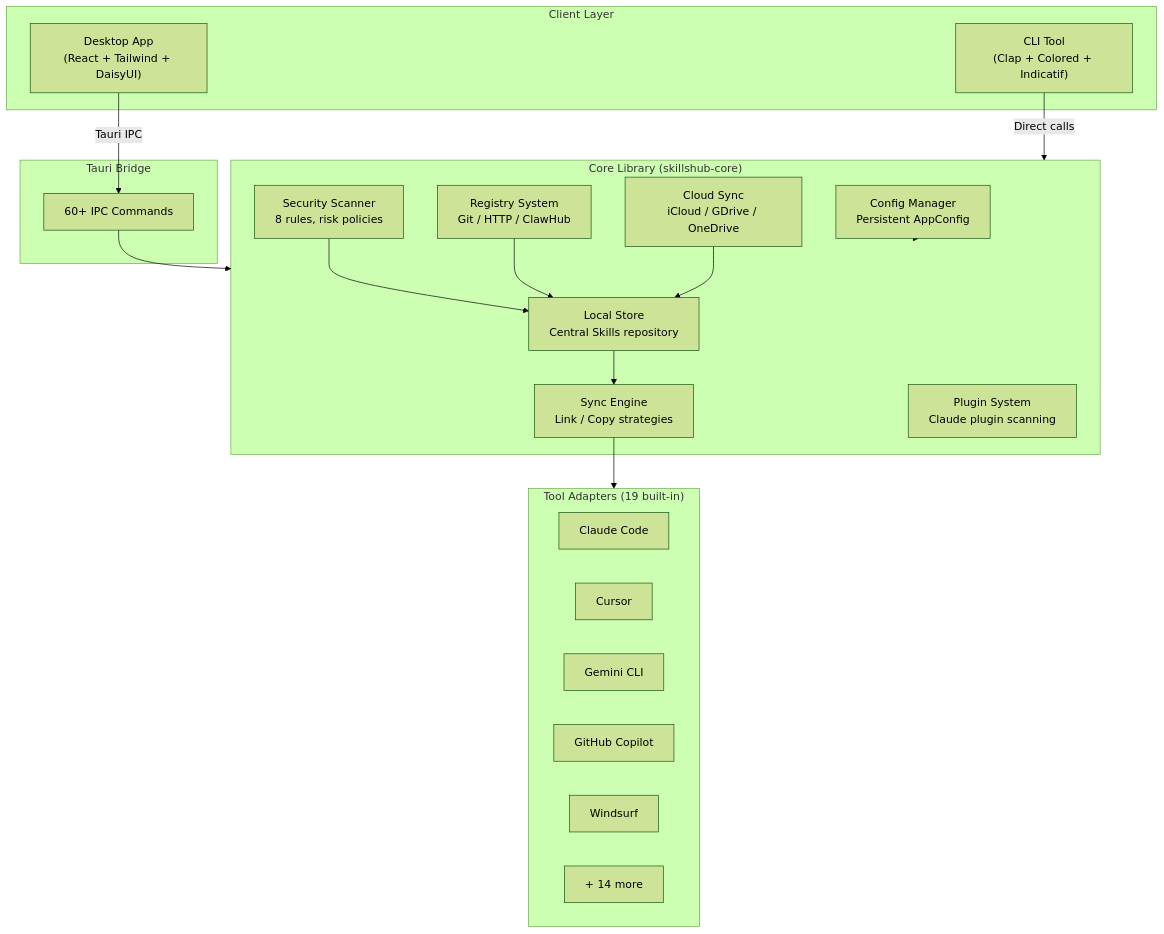
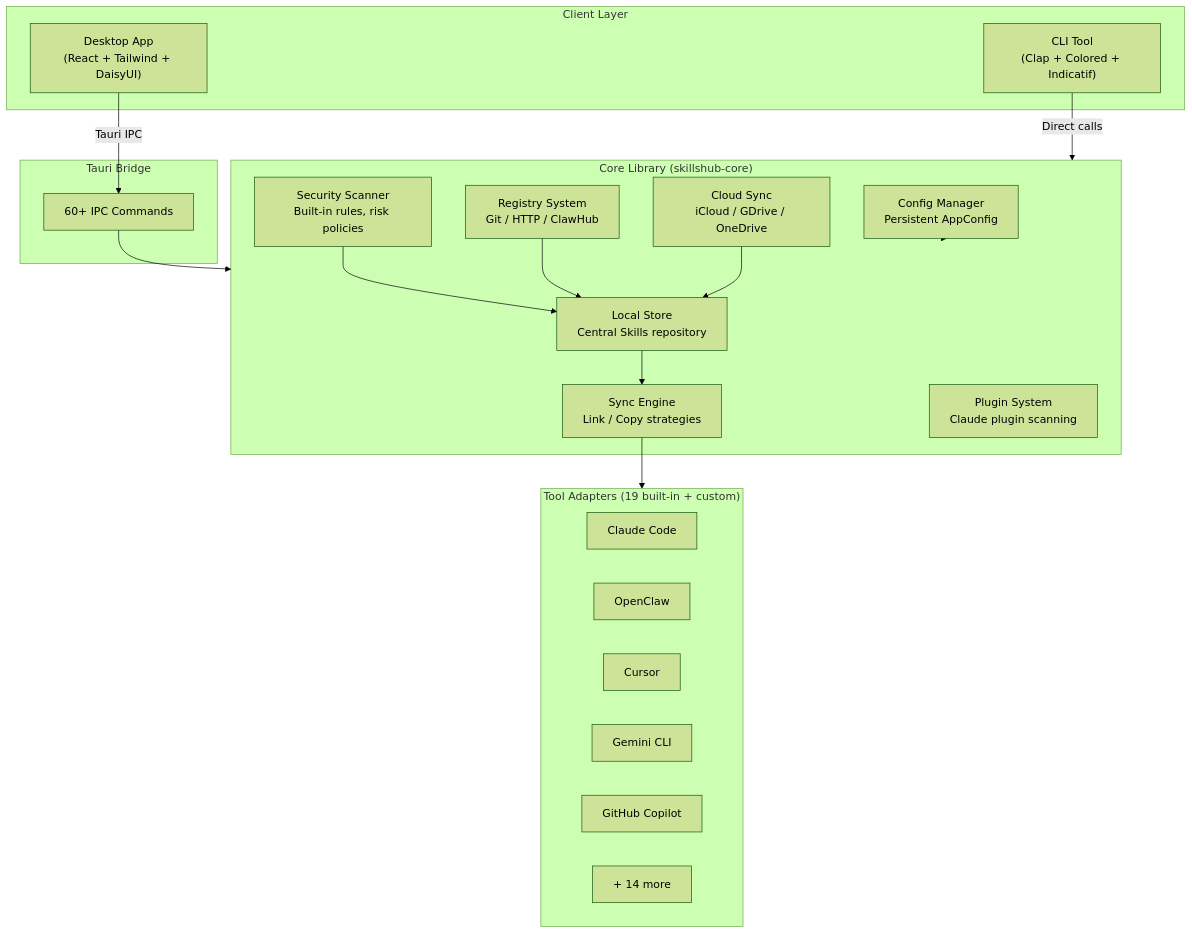
One commit to shiwenwen/SkillsHub changed the diagram in README.md. Above: the diagram before and after it, drawn with Mermaid (forest theme). The commit also changed other lines of this file and 1 other file, not shown here.

````diff
--- a/README.md
+++ b/README.md
@@ -73,41 +72,41 @@
 ```mermaid
 graph TB
     subgraph Client["Client Layer"]
         UI["Desktop App<br/>(React + Tailwind + DaisyUI)"]
         CLI["CLI Tool<br/>(Clap + Colored + Indicatif)"]
     end
 
     subgraph Tauri["Tauri Bridge"]
         CMD["60+ IPC Commands"]
     end
 
     subgraph Core["Core Library (skillshub-core)"]
         Store["Local Store<br/>Central Skills repository"]
         Sync["Sync Engine<br/>Link / Copy strategies"]
-        Scanner["Security Scanner<br/>8 rules, risk policies"]
+        Scanner["Security Scanner<br/>Built-in rules, risk policies"]
         Registry["Registry System<br/>Git / HTTP / ClawHub"]
         Cloud["Cloud Sync<br/>iCloud / GDrive / OneDrive"]
         Plugins["Plugin System<br/>Claude plugin scanning"]
         Config["Config Manager<br/>Persistent AppConfig"]
     end
 
-    subgraph Adapters["Tool Adapters (19 built-in)"]
+    subgraph Adapters["Tool Adapters (19 built-in + custom)"]
         direction LR
         A1["Claude Code"]
-        A2["Cursor"]
-        A3["Gemini CLI"]
-        A4["GitHub Copilot"]
-        A5["Windsurf"]
+        A2["OpenClaw"]
+        A3["Cursor"]
+        A4["Gemini CLI"]
+        A5["GitHub Copilot"]
         A6["+ 14 more"]
     end
 
     UI -->|Tauri IPC| CMD
     CLI -->|Direct calls| Core
     CMD --> Core
     Store --> Sync
     Sync --> Adapters
     Registry --> Store
     Scanner --> Store
     Cloud --> Store
     Config --> Core
 ```
````
